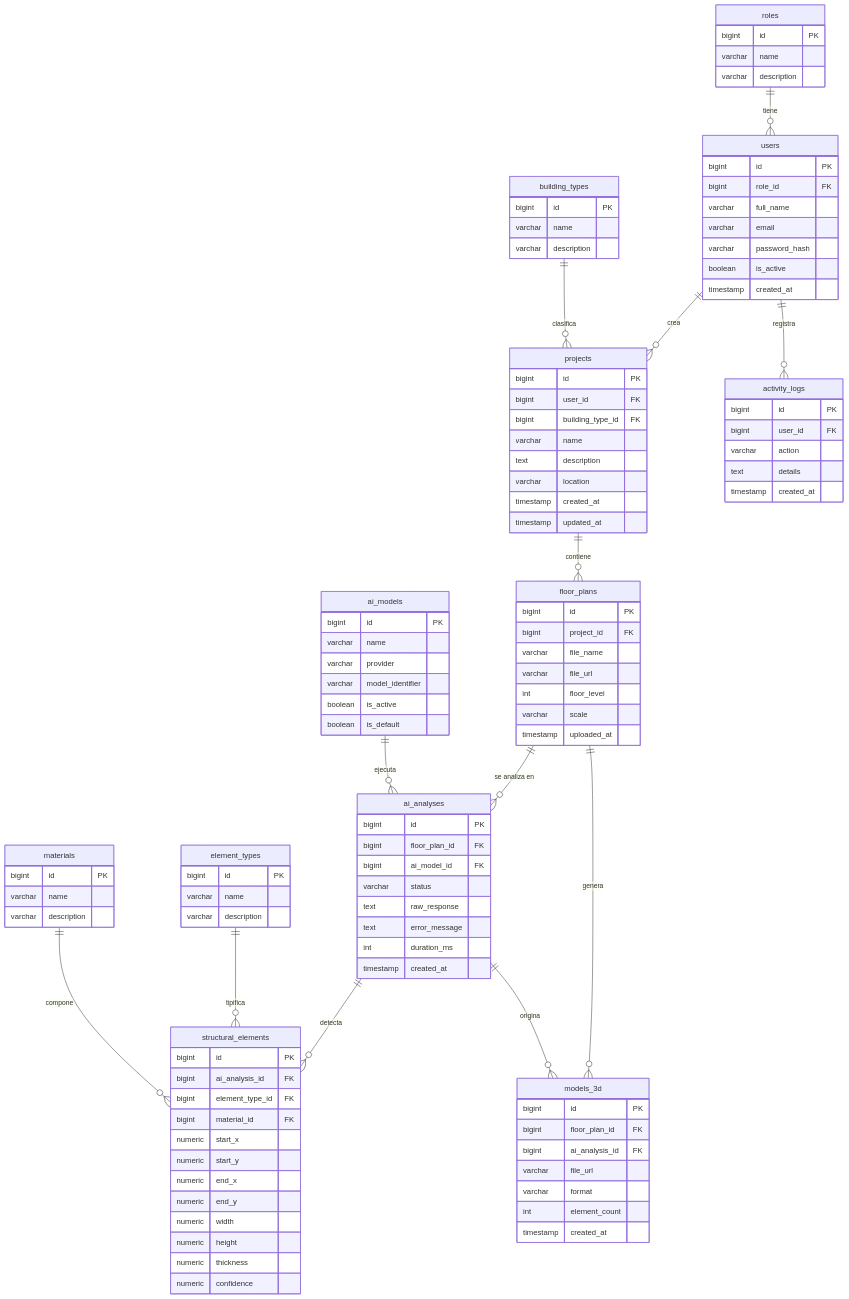
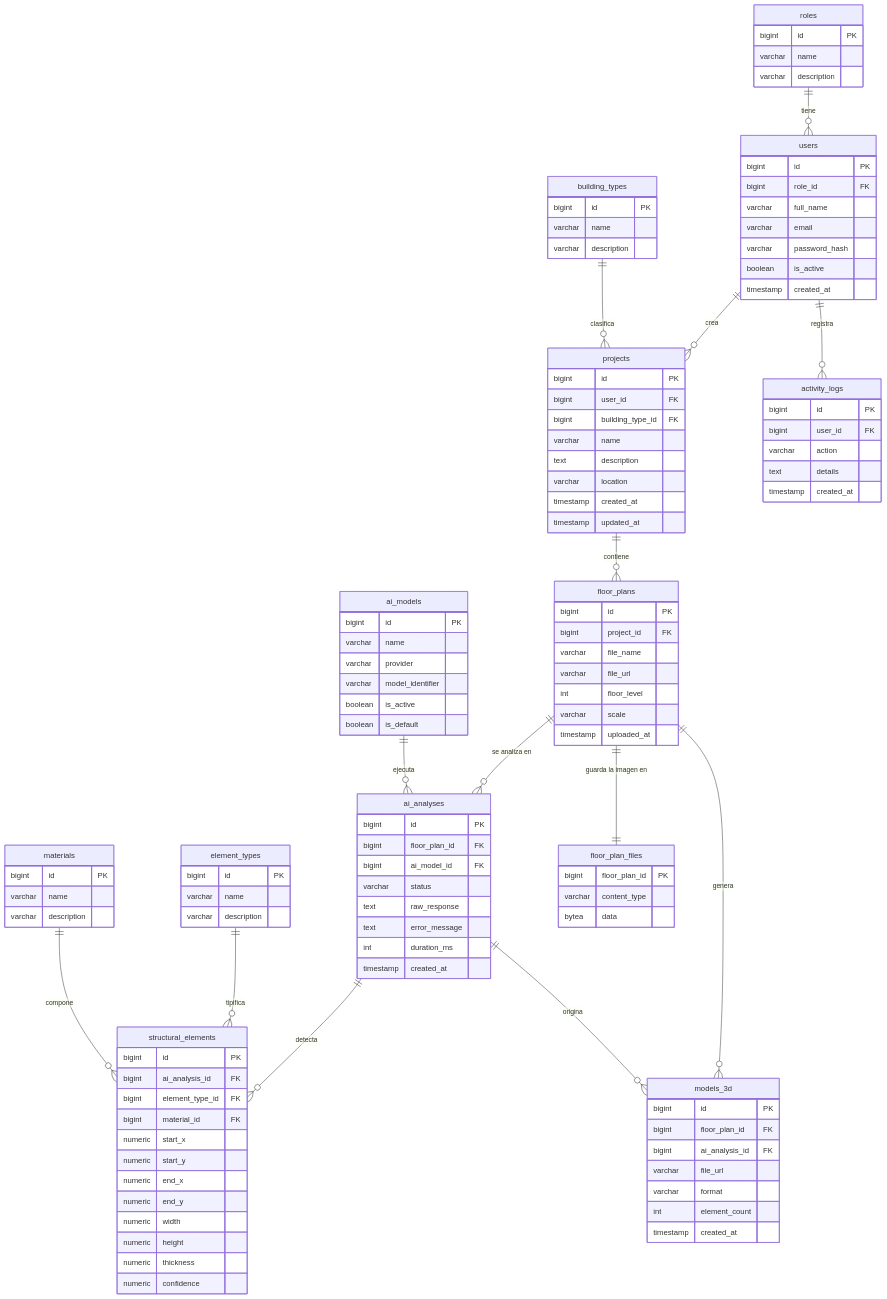
Before and after one commit to Render-ia/renderia-database: the diagram in README.md, drawn with Mermaid. The commit also changed other lines of this file and 2 other files, not shown here.

Commit message:
Agregar tabla floor_plan_files para guardar la imagen de cada plano
Claude-Session: https://claude.ai/code/session_012BkkVEgR3Q9eZSe3LFu1vo

```diff
--- a/README.md
+++ b/README.md
@@ -29,6 +30,7 @@
     materials ||--o{ structural_elements : "compone"
     floor_plans ||--o{ models_3d : "genera"
     ai_analyses ||--o{ models_3d : "origina"
+    floor_plans ||--|| floor_plan_files : "guarda la imagen en"
 
     roles {
         bigint id PK
@@ -119,6 +121,11 @@
         int element_count
         timestamp created_at
     }
+    floor_plan_files {
+        bigint floor_plan_id PK
+        varchar content_type
+        bytea data
+    }
     activity_logs {
         bigint id PK
         bigint user_id FK
```
